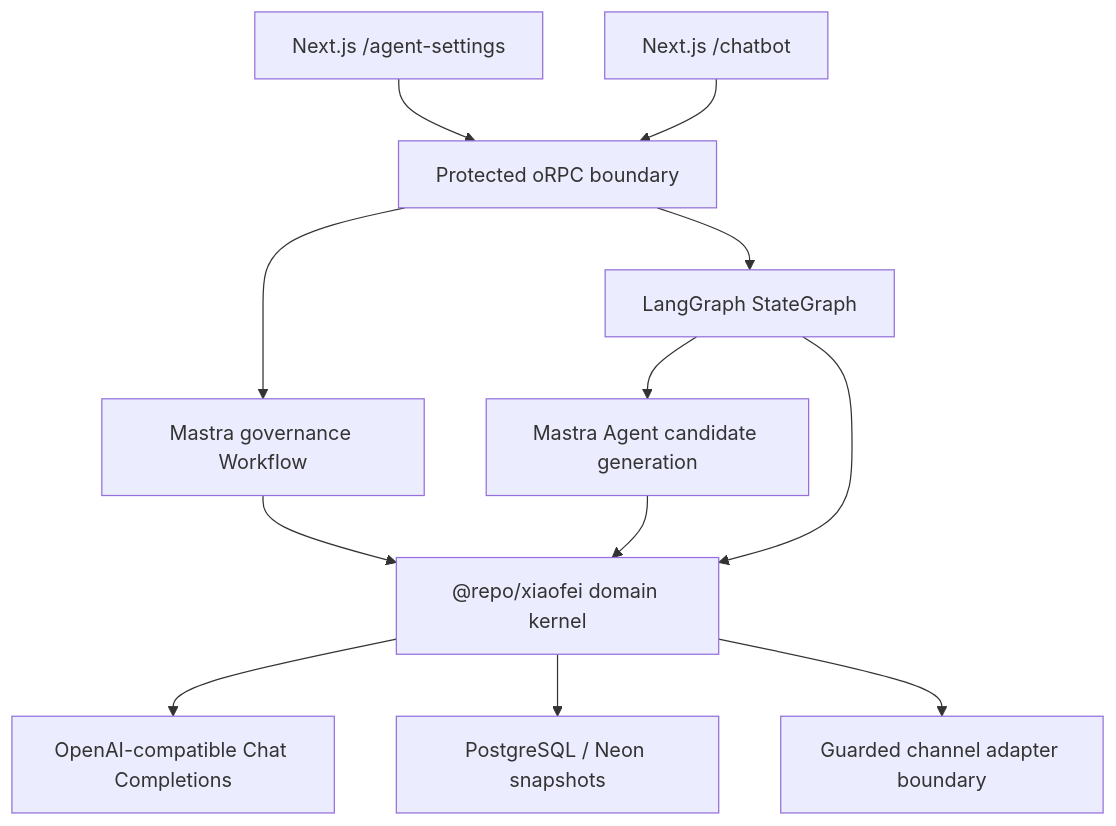
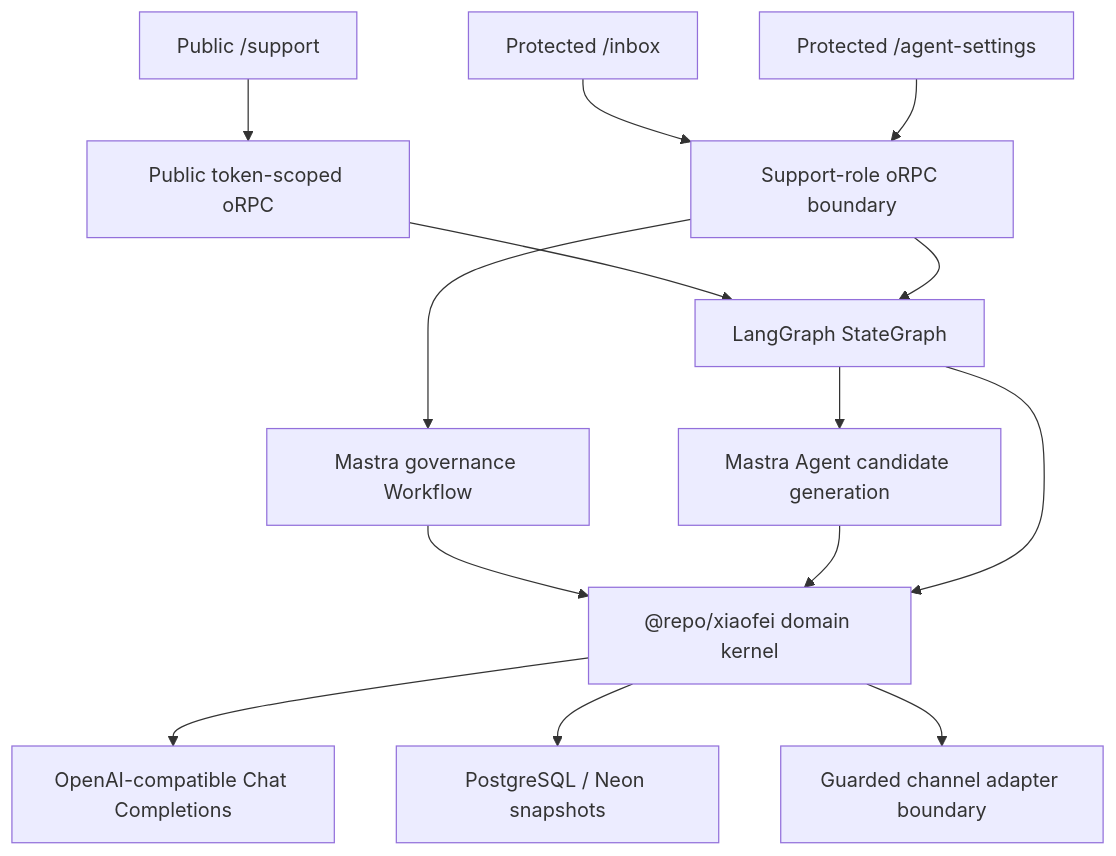
Before and after one commit to pjxkqc/xiaofei: the diagram in README.md, drawn with Mermaid. The commit also changed other lines of this file and 29 other files, not shown here.

Commit message:
feat: add public support conversation loop

````diff
--- a/README.md
+++ b/README.md
@@ -35,14 +41,16 @@
 ```mermaid
 flowchart TD
-  SETTINGS["Next.js /agent-settings"] --> API["Protected oRPC boundary"]
-  CHAT["Next.js /chatbot"] --> API
+  CUSTOMER["Public /support"] --> PUBLIC_API["Public token-scoped oRPC"]
+  INBOX["Protected /inbox"] --> API["Support-role oRPC boundary"]
+  SETTINGS["Protected /agent-settings"] --> API
+  PUBLIC_API --> LANGGRAPH["LangGraph StateGraph"]
   API --> GOVERN["Mastra governance Workflow"]
-  API --> LANGGRAPH["LangGraph StateGraph"]
+  API --> LANGGRAPH
   LANGGRAPH --> MASTRA["Mastra Agent candidate generation"]
   GOVERN --> DOMAIN["@repo/xiaofei domain kernel"]
   MASTRA --> DOMAIN
   LANGGRAPH --> DOMAIN
   DOMAIN --> MODEL["OpenAI-compatible Chat Completions"]
   DOMAIN --> DB["PostgreSQL / Neon snapshots"]
   DOMAIN --> SEND["Guarded channel adapter boundary"]
 ```
````
